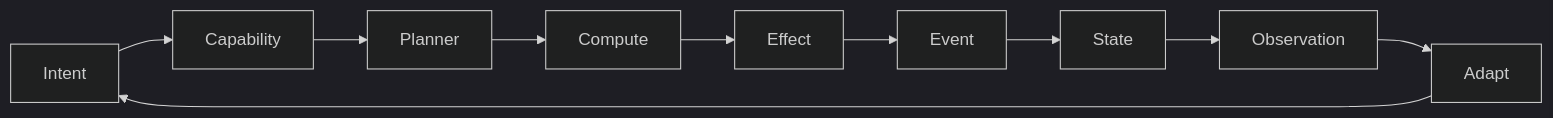
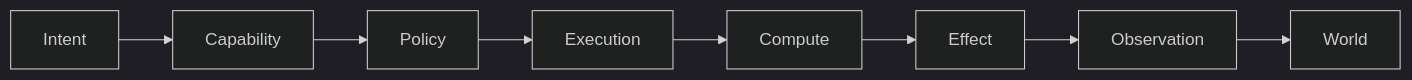
The diagram in docs/runtime.md (helderperez-dev/voodoo), drawn with Mermaid (dark theme) before and after one commit. The commit also changed other lines of this file, not shown here.

````diff
--- a/docs/runtime.md
+++ b/docs/runtime.md
@@ -15,12 +14,10 @@
 ```mermaid
 flowchart LR
     Intent --> Capability
-    Capability --> Planner
-    Planner --> Compute
+    Capability --> Policy
+    Policy --> Execution
+    Execution --> Compute
     Compute --> Effect
-    Effect --> Event
-    Event --> State
-    State --> Observation
-    Observation --> Adapt
-    Adapt --> Intent
+    Effect --> Observation
+    Observation --> World
 ```
````
